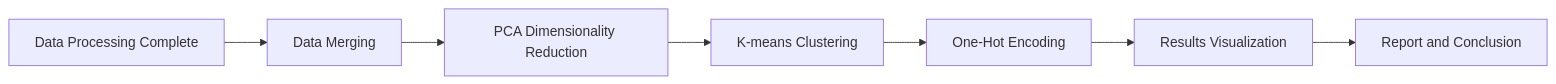
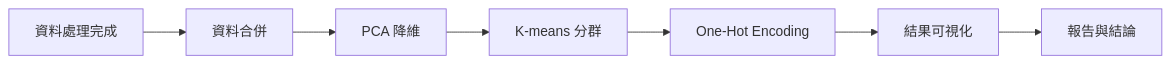
One commit to KyleHung7/Educational-Data-Mining-Projects changed the second of 2 diagrams in README.md. Above: the diagram before and after it, drawn with Mermaid. The commit also changed other lines of this file, not shown here.

````diff
--- a/README.md
+++ b/README.md
@@ -107,9 +109,9 @@
 ```mermaid
 graph LR
-    A[Data Processing Complete] --> B[Data Merging]
-    B --> C[PCA Dimensionality Reduction]
-    C --> D[K-means Clustering]
+    A[資料處理完成] --> B[資料合併]
+    B --> C[PCA 降維]
+    C --> D[K-means 分群]
     D --> E[One-Hot Encoding]
-    E --> F[Results Visualization]
-    F --> G[Report and Conclusion]
+    E --> F[結果可視化]
+    F --> G[報告與結論]
 ```
````
